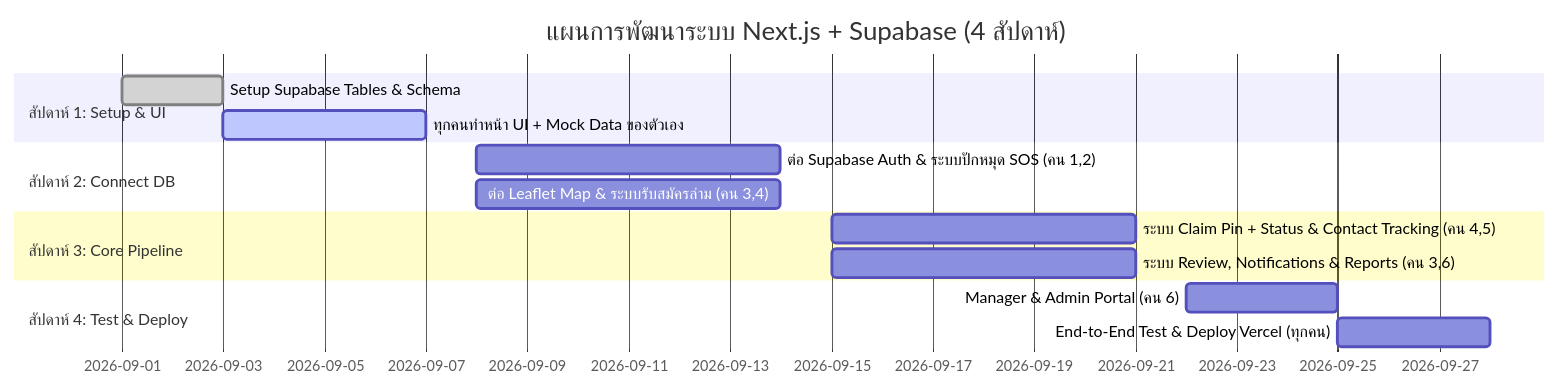
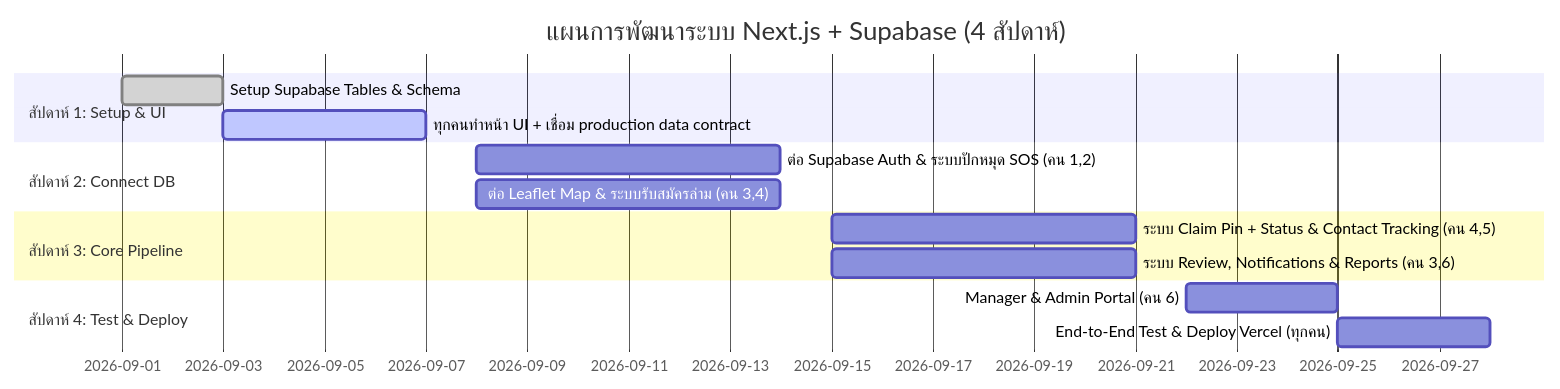
The third of 3 diagrams in detail.md (OnisawanO/khvi-helper), drawn with Mermaid before and after one commit. The commit also changed other lines of this file and 69 other files, not shown here.

Commit message:
refactor: remove mock business data

````diff
--- a/detail.md
+++ b/detail.md
@@ -396,17 +396,17 @@
 ```mermaid
 gantt
     title แผนการพัฒนาระบบ Next.js + Supabase (4 สัปดาห์)
     dateFormat  YYYY-MM-DD
     section สัปดาห์ 1: Setup & UI
     Setup Supabase Tables & Schema          :done,    des1, 2026-09-01, 2026-09-03
-    ทุกคนทำหน้า UI + Mock Data ของตัวเอง      :active,  des2, 2026-09-03, 2026-09-07
+    ทุกคนทำหน้า UI + เชื่อม production data contract      :active,  des2, 2026-09-03, 2026-09-07
     section สัปดาห์ 2: Connect DB
     ต่อ Supabase Auth & ระบบปักหมุด SOS (คน 1,2) :         des3, 2026-09-08, 2026-09-14
     ต่อ Leaflet Map & ระบบรับสมัครล่าม (คน 3,4)   :         des4, 2026-09-08, 2026-09-14
     section สัปดาห์ 3: Core Pipeline
     ระบบ Claim Pin + Status & Contact Tracking (คน 4,5)   :         des5, 2026-09-15, 2026-09-21
     ระบบ Review, Notifications & Reports (คน 3,6):     des6, 2026-09-15, 2026-09-21
     section สัปดาห์ 4: Test & Deploy
     Manager & Admin Portal (คน 6)            :         des7, 2026-09-22, 2026-09-25
     End-to-End Test & Deploy Vercel (ทุกคน)  :         des8, 2026-09-25, 2026-09-28
 ```
````
